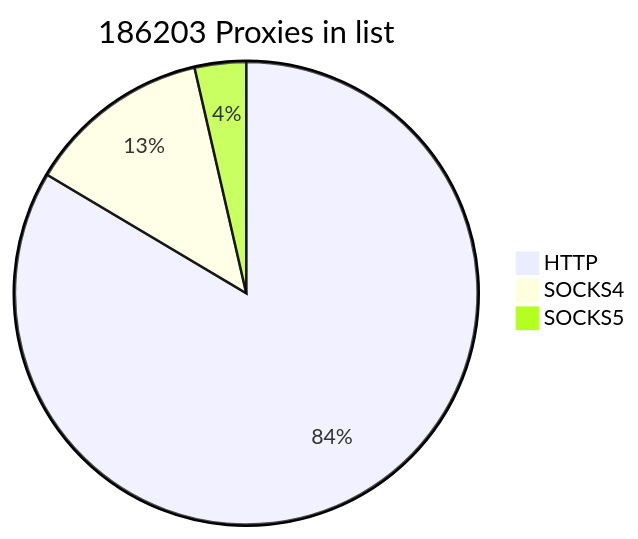
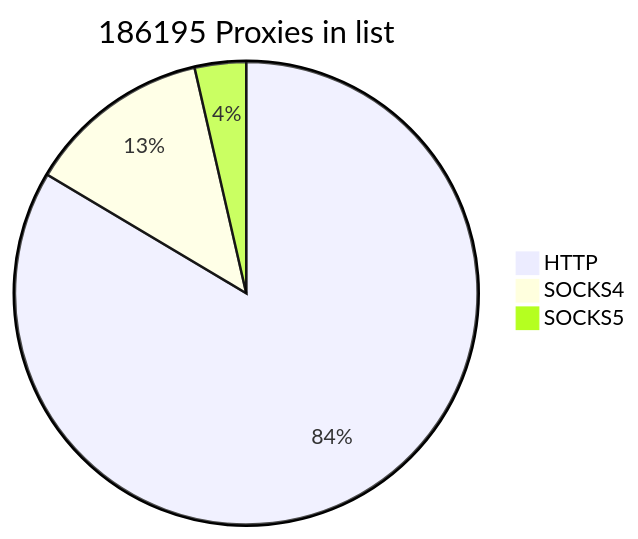
Before and after one commit to cutipu/proxylist: the first of 2 diagrams in README.md, drawn with Mermaid. The commit also changed other lines of this file, not shown here.

````diff
--- a/README.md
+++ b/README.md
@@ -2,7 +2,7 @@
 ```mermaid
-pie title 186203 Proxies in list
+pie title 186195 Proxies in list
     "HTTP" : 155565
-    "SOCKS4" : 23956
-    "SOCKS5" : 6682
+    "SOCKS4" : 23952
+    "SOCKS5" : 6678
             
 ```
````
